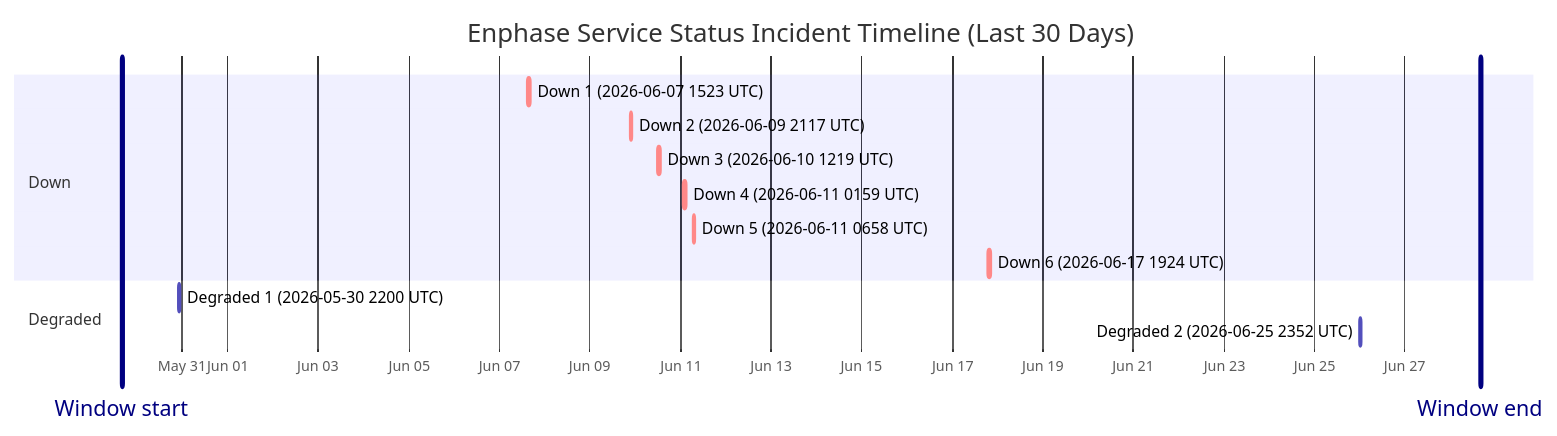
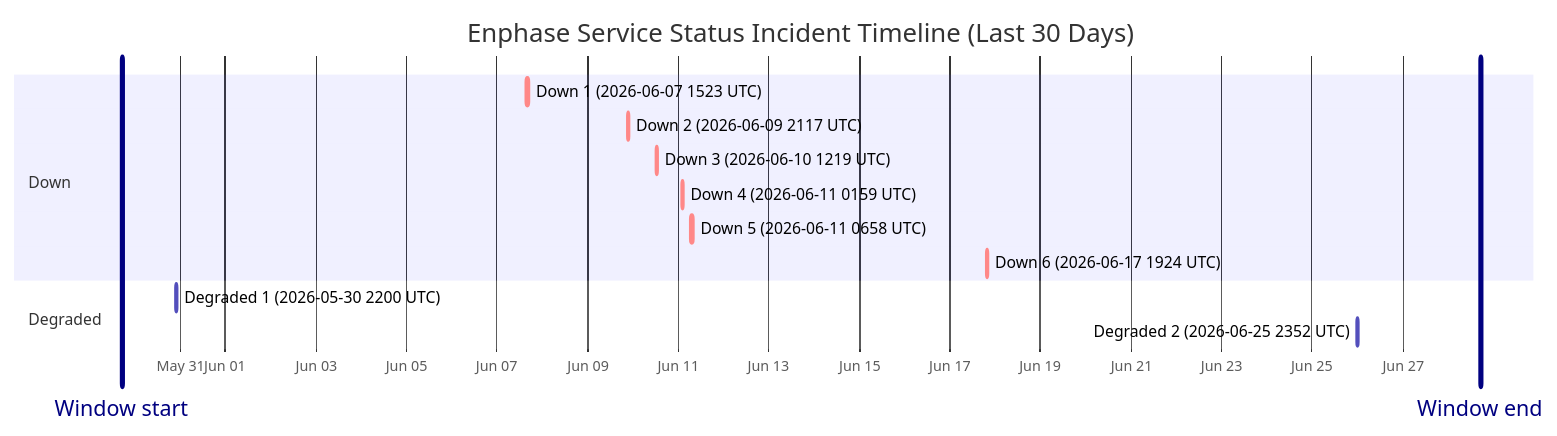
Before and after one commit to barneyonline/ha-enphase-energy: the diagram in wiki/Service-Status-History.md, drawn with Mermaid. The commit also changed other lines of this file and 3 other files, not shown here.

````diff
--- a/wiki/Service-Status-History.md
+++ b/wiki/Service-Status-History.md
@@ -14,18 +14,18 @@
 ```mermaid
 gantt
     title Enphase Service Status Incident Timeline (Last 30 Days)
     dateFormat  YYYY-MM-DDTHH:mm:ss
     axisFormat  %b %d
-    Window start :vert, window-start, 2026-05-29T15:48:22, 0ms
-    Window end :vert, window-end, 2026-06-28T15:48:22, 0ms
+    Window start :vert, window-start, 2026-05-29T17:09:48, 0ms
+    Window end :vert, window-end, 2026-06-28T17:09:48, 0ms
     section Down
     Down 1 (2026-06-07 1523 UTC) :crit, down-1, 2026-06-07T15:23:22, 87m
     Down 2 (2026-06-09 2117 UTC) :crit, down-2, 2026-06-09T21:17:17, 60m
     Down 3 (2026-06-10 1219 UTC) :crit, down-3, 2026-06-10T12:19:21, 60m
     Down 4 (2026-06-11 0159 UTC) :crit, down-4, 2026-06-11T01:59:36, 60m
     Down 5 (2026-06-11 0658 UTC) :crit, down-5, 2026-06-11T06:58:45, 60m
     Down 6 (2026-06-17 1924 UTC) :crit, down-6, 2026-06-17T19:24:51, 60m
     section Degraded
     Degraded 1 (2026-05-30 2200 UTC) :active, degraded-1, 2026-05-30T22:00:37, 60m
     Degraded 2 (2026-06-25 2352 UTC) :active, degraded-2, 2026-06-25T23:52:01, 60m
 ```
````
